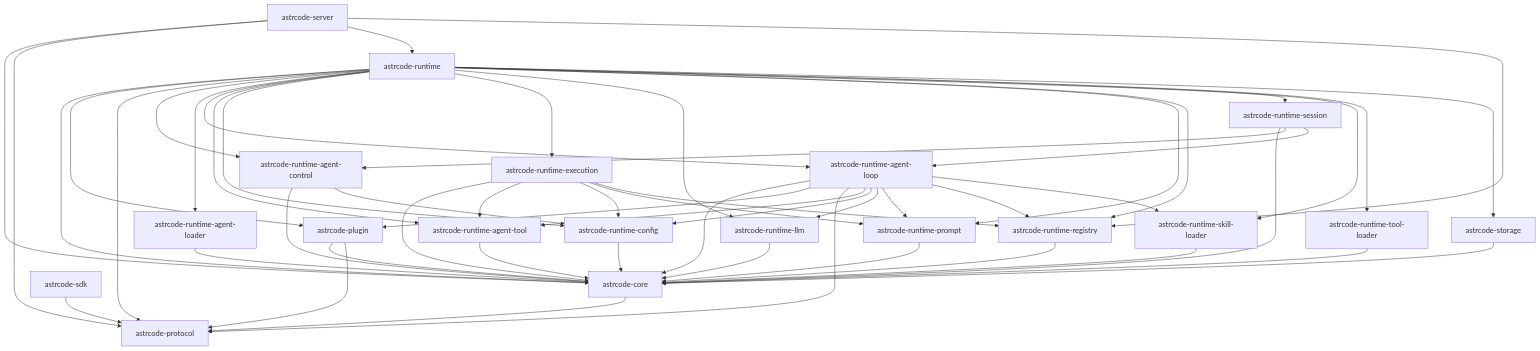
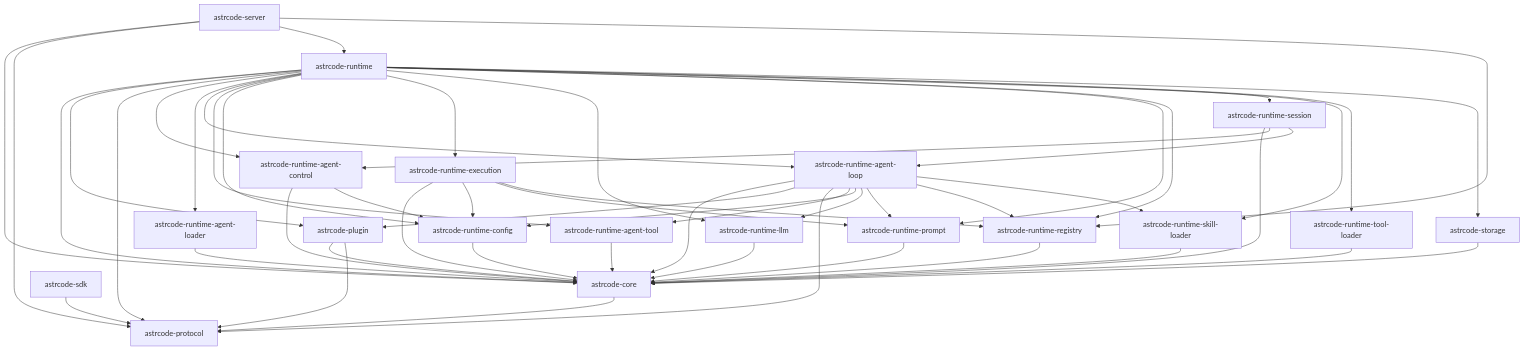
The diagram in docs/architecture/crates-dependency-graph.md (whatevertogo/Astrcode), drawn with Mermaid before and after one commit. The commit also changed other lines of this file and 59 other files, not shown here.

First line of the commit message:
✨ feat(session): 统一会话事件协议并补齐子执行树视图

````diff
--- a/docs/architecture/crates-dependency-graph.md
+++ b/docs/architecture/crates-dependency-graph.md
@@ -9,56 +9,55 @@
 ```mermaid
 graph TD
   astrcode-core[astrcode-core] --> astrcode-protocol[astrcode-protocol]
   astrcode-plugin[astrcode-plugin] --> astrcode-core[astrcode-core]
   astrcode-plugin[astrcode-plugin] --> astrcode-protocol[astrcode-protocol]
   astrcode-protocol[astrcode-protocol]
   astrcode-runtime[astrcode-runtime] --> astrcode-core[astrcode-core]
   astrcode-runtime[astrcode-runtime] --> astrcode-plugin[astrcode-plugin]
   astrcode-runtime[astrcode-runtime] --> astrcode-protocol[astrcode-protocol]
   astrcode-runtime[astrcode-runtime] --> astrcode-runtime-agent-control[astrcode-runtime-agent-control]
   astrcode-runtime[astrcode-runtime] --> astrcode-runtime-agent-loader[astrcode-runtime-agent-loader]
   astrcode-runtime[astrcode-runtime] --> astrcode-runtime-agent-loop[astrcode-runtime-agent-loop]
   astrcode-runtime[astrcode-runtime] --> astrcode-runtime-agent-tool[astrcode-runtime-agent-tool]
   astrcode-runtime[astrcode-runtime] --> astrcode-runtime-config[astrcode-runtime-config]
   astrcode-runtime[astrcode-runtime] --> astrcode-runtime-execution[astrcode-runtime-execution]
   astrcode-runtime[astrcode-runtime] --> astrcode-runtime-llm[astrcode-runtime-llm]
   astrcode-runtime[astrcode-runtime] --> astrcode-runtime-prompt[astrcode-runtime-prompt]
   astrcode-runtime[astrcode-runtime] --> astrcode-runtime-registry[astrcode-runtime-registry]
   astrcode-runtime[astrcode-runtime] --> astrcode-runtime-session[astrcode-runtime-session]
   astrcode-runtime[astrcode-runtime] --> astrcode-runtime-skill-loader[astrcode-runtime-skill-loader]
   astrcode-runtime[astrcode-runtime] --> astrcode-runtime-tool-loader[astrcode-runtime-tool-loader]
   astrcode-runtime[astrcode-runtime] --> astrcode-storage[astrcode-storage]
   astrcode-runtime-agent-control[astrcode-runtime-agent-control] --> astrcode-core[astrcode-core]
   astrcode-runtime-agent-control[astrcode-runtime-agent-control] --> astrcode-runtime-config[astrcode-runtime-config]
   astrcode-runtime-agent-loader[astrcode-runtime-agent-loader] --> astrcode-core[astrcode-core]
   astrcode-runtime-agent-loop[astrcode-runtime-agent-loop] --> astrcode-core[astrcode-core]
   astrcode-runtime-agent-loop[astrcode-runtime-agent-loop] --> astrcode-plugin[astrcode-plugin]
   astrcode-runtime-agent-loop[astrcode-runtime-agent-loop] --> astrcode-protocol[astrcode-protocol]
   astrcode-runtime-agent-loop[astrcode-runtime-agent-loop] --> astrcode-runtime-agent-tool[astrcode-runtime-agent-tool]
   astrcode-runtime-agent-loop[astrcode-runtime-agent-loop] --> astrcode-runtime-config[astrcode-runtime-config]
   astrcode-runtime-agent-loop[astrcode-runtime-agent-loop] --> astrcode-runtime-llm[astrcode-runtime-llm]
   astrcode-runtime-agent-loop[astrcode-runtime-agent-loop] --> astrcode-runtime-prompt[astrcode-runtime-prompt]
   astrcode-runtime-agent-loop[astrcode-runtime-agent-loop] --> astrcode-runtime-registry[astrcode-runtime-registry]
   astrcode-runtime-agent-loop[astrcode-runtime-agent-loop] --> astrcode-runtime-skill-loader[astrcode-runtime-skill-loader]
   astrcode-runtime-agent-tool[astrcode-runtime-agent-tool] --> astrcode-core[astrcode-core]
   astrcode-runtime-config[astrcode-runtime-config] --> astrcode-core[astrcode-core]
   astrcode-runtime-execution[astrcode-runtime-execution] --> astrcode-core[astrcode-core]
-  astrcode-runtime-execution[astrcode-runtime-execution] --> astrcode-runtime-agent-tool[astrcode-runtime-agent-tool]
   astrcode-runtime-execution[astrcode-runtime-execution] --> astrcode-runtime-config[astrcode-runtime-config]
   astrcode-runtime-execution[astrcode-runtime-execution] --> astrcode-runtime-prompt[astrcode-runtime-prompt]
   astrcode-runtime-execution[astrcode-runtime-execution] --> astrcode-runtime-registry[astrcode-runtime-registry]
   astrcode-runtime-llm[astrcode-runtime-llm] --> astrcode-core[astrcode-core]
   astrcode-runtime-prompt[astrcode-runtime-prompt] --> astrcode-core[astrcode-core]
   astrcode-runtime-registry[astrcode-runtime-registry] --> astrcode-core[astrcode-core]
   astrcode-runtime-session[astrcode-runtime-session] --> astrcode-core[astrcode-core]
   astrcode-runtime-session[astrcode-runtime-session] --> astrcode-runtime-agent-control[astrcode-runtime-agent-control]
   astrcode-runtime-session[astrcode-runtime-session] --> astrcode-runtime-agent-loop[astrcode-runtime-agent-loop]
   astrcode-runtime-skill-loader[astrcode-runtime-skill-loader] --> astrcode-core[astrcode-core]
   astrcode-runtime-tool-loader[astrcode-runtime-tool-loader] --> astrcode-core[astrcode-core]
   astrcode-sdk[astrcode-sdk] --> astrcode-protocol[astrcode-protocol]
   astrcode-server[astrcode-server] --> astrcode-core[astrcode-core]
   astrcode-server[astrcode-server] --> astrcode-protocol[astrcode-protocol]
   astrcode-server[astrcode-server] --> astrcode-runtime[astrcode-runtime]
   astrcode-server[astrcode-server] --> astrcode-runtime-registry[astrcode-runtime-registry]
   astrcode-storage[astrcode-storage] --> astrcode-core[astrcode-core]
 ```
````
